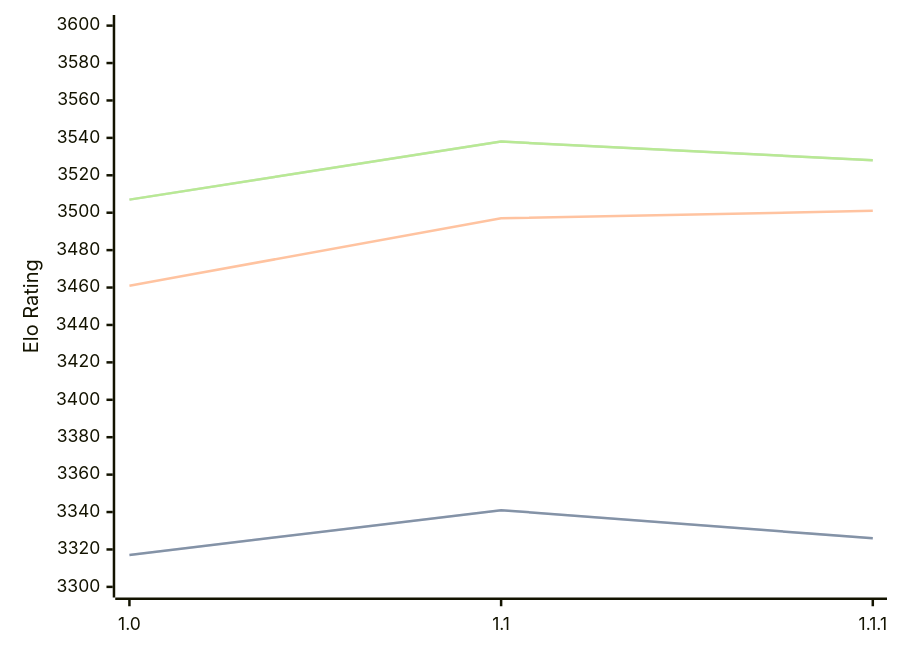
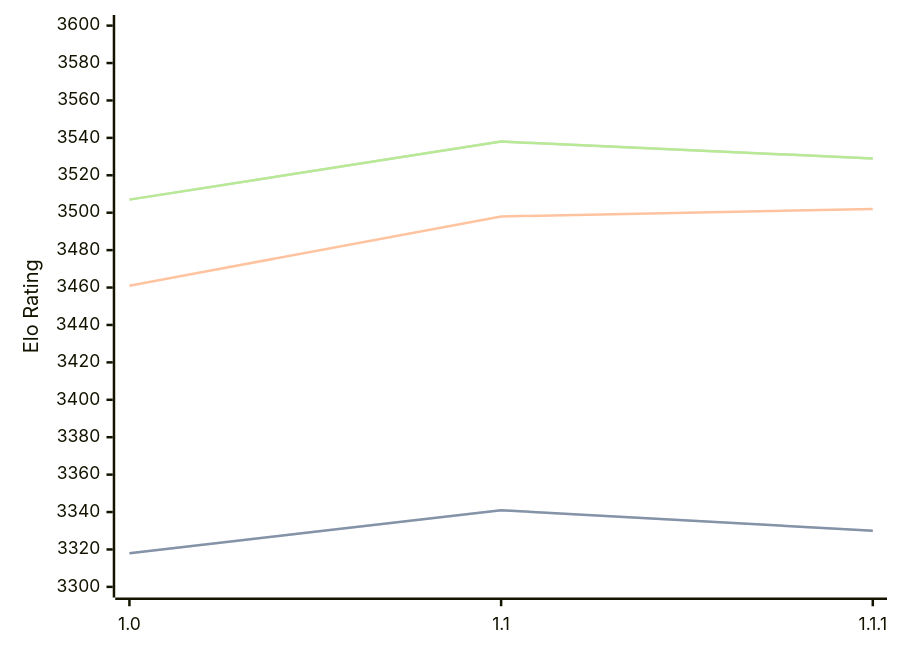
Before and after one commit to computer-chess-index/cci: the diagram in engines/Icarus.md, drawn with Mermaid. The commit also changed other lines of this file, not shown here.

Commit message:
Update CCI Ratings (ELO VLTC) - 2026-09-13

````diff
--- a/engines/Icarus.md
+++ b/engines/Icarus.md
@@ -33,11 +33,11 @@
 ```mermaid
 %%{init: {"theme":"base","themeVariables":{"seriesColors:['#a3a3a3','#222221','#faa371']}}}%%
 xychart-beta
   x-axis ["1.0", "1.1", "1.1.1"]
   y-axis "Elo Rating" 3300 --> 3600
-  line "" [3317, 3341, 3326]
-  line "STC (8.0+0.08s)" [3317, 3341, 3326]
-  line "LTC (60.0+0.60s)" [3461, 3497, 3501]
-  line "" [3507, 3538, 3528]
-  line "VLTC (2m24s+1.12s)" [3507, 3538, 3528]
+  line "" [3318, 3341, 3330]
+  line "STC (8.0+0.08s)" [3318, 3341, 3330]
+  line "LTC (60.0+0.60s)" [3461, 3498, 3502]
+  line "" [3507, 3538, 3529]
+  line "VLTC (2m24s+1.12s)" [3507, 3538, 3529]
 ```
````
